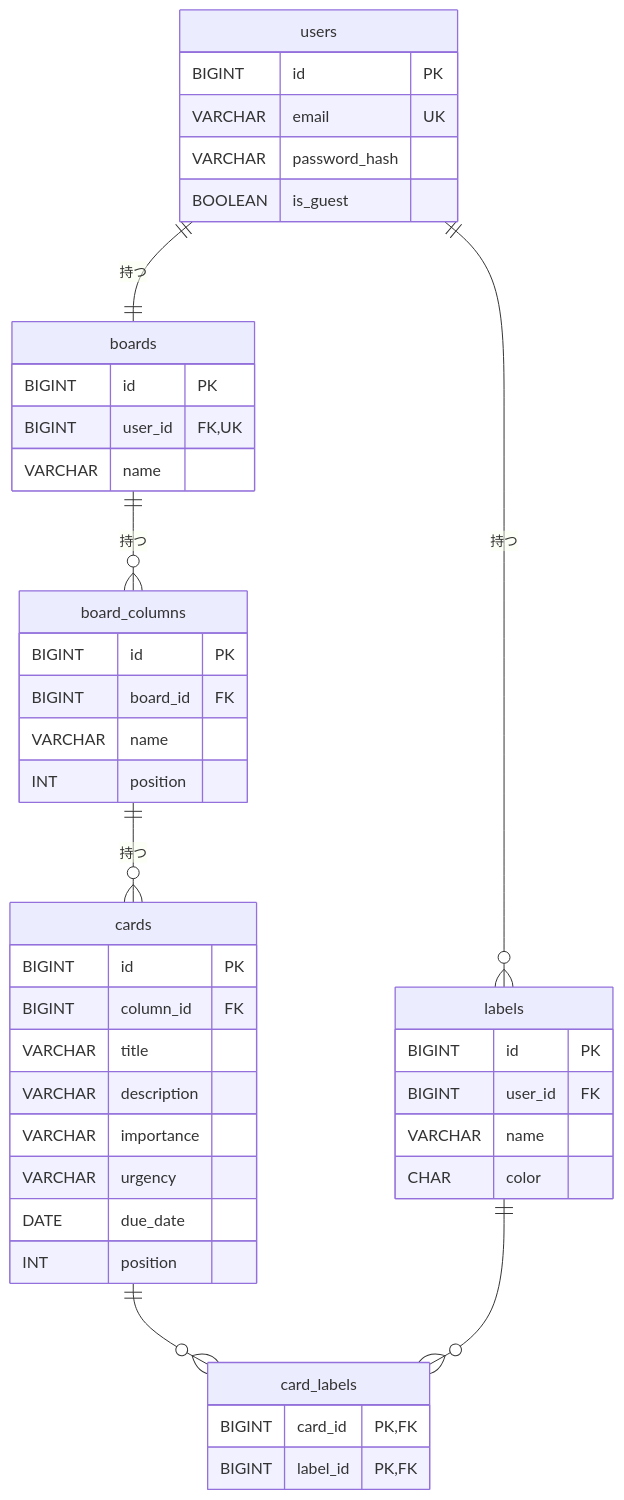
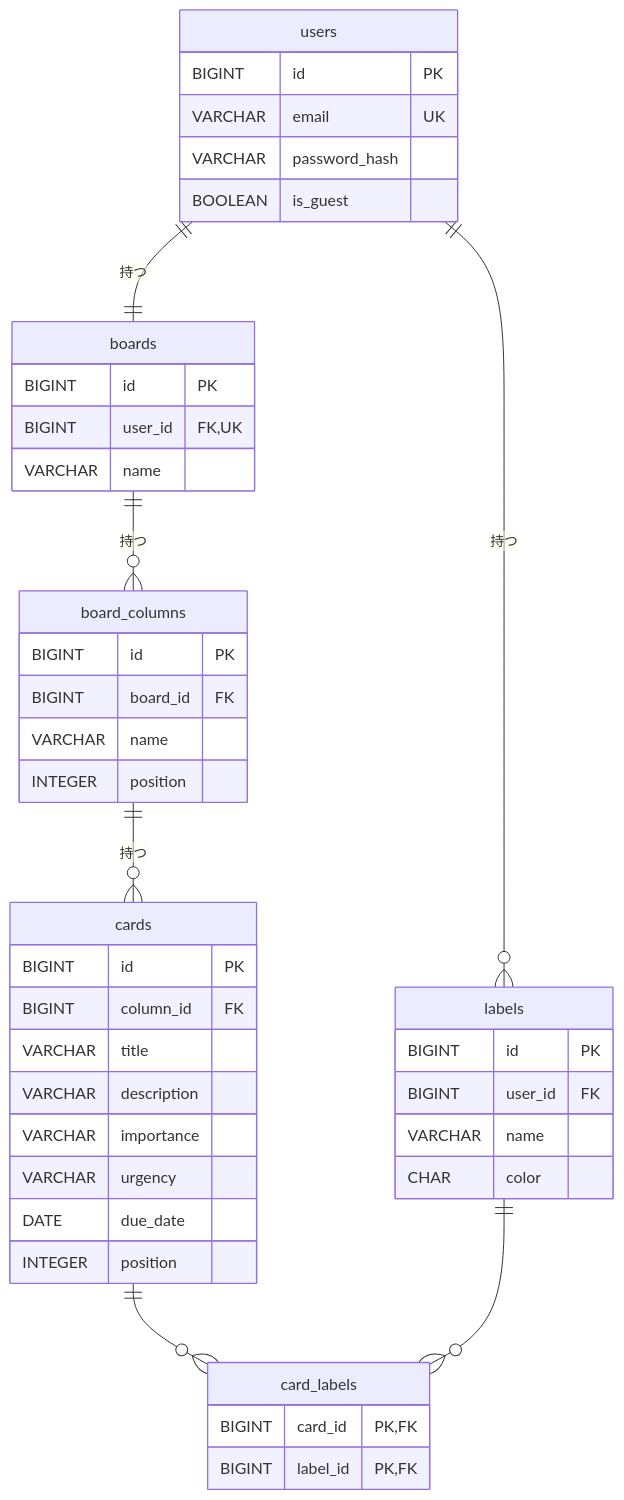
The diagram in docs/database-design.md (keiwebcreate/raise-tech-beginner-edition), drawn with Mermaid before and after one commit. The commit also changed other lines of this file and 6 other files, not shown here.

````diff
--- a/docs/database-design.md
+++ b/docs/database-design.md
@@ -30,47 +31,47 @@
 ```mermaid
 erDiagram
     users ||--|| boards : "持つ"
     users ||--o{ labels : "持つ"
     boards ||--o{ board_columns : "持つ"
     board_columns ||--o{ cards : "持つ"
     cards ||--o{ card_labels : ""
     labels ||--o{ card_labels : ""
 
     users {
         BIGINT id PK
         VARCHAR email UK
         VARCHAR password_hash
         BOOLEAN is_guest
     }
     boards {
         BIGINT id PK
         BIGINT user_id FK,UK
         VARCHAR name
     }
     board_columns {
         BIGINT id PK
         BIGINT board_id FK
         VARCHAR name
-        INT position
+        INTEGER position
     }
     cards {
         BIGINT id PK
         BIGINT column_id FK
         VARCHAR title
         VARCHAR description
         VARCHAR importance
         VARCHAR urgency
         DATE due_date
-        INT position
+        INTEGER position
     }
     labels {
         BIGINT id PK
         BIGINT user_id FK
         VARCHAR name
         CHAR color
     }
     card_labels {
         BIGINT card_id PK,FK
         BIGINT label_id PK,FK
     }
 ```
````
